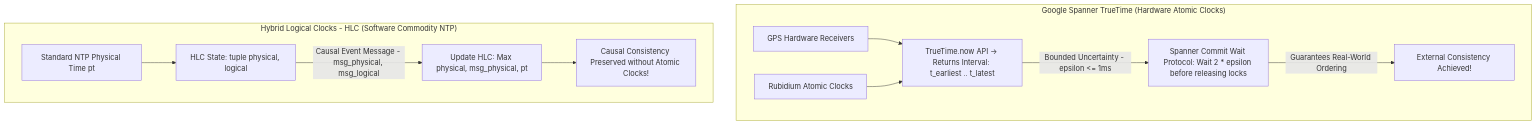
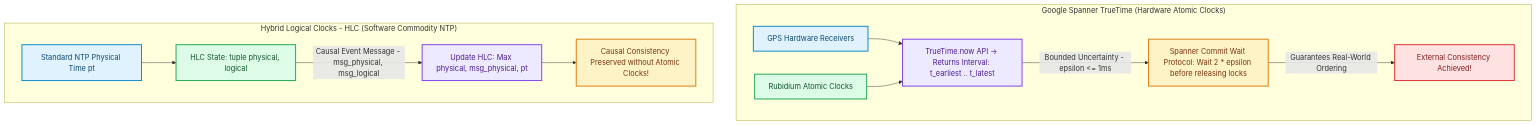
One commit to akmalkhaniub/akmalkhaniub.github.io changed the diagram in blog/posts/truetime-hybrid-logical-clocks-hlc-external-consistency.md. Above: the diagram before and after it, drawn with Mermaid. The commit also changed other lines of this file and 1291 other files, not shown here.

First line of the commit message:
feat(catalog): unique covers, scholarly references, and diagram palettes

````diff
--- a/blog/posts/truetime-hybrid-logical-clocks-hlc-external-consistency.md
+++ b/blog/posts/truetime-hybrid-logical-clocks-hlc-external-consistency.md
@@ -19,14 +19,25 @@
 ```mermaid
 flowchart TD
   subgraph SG1_GoogleSpannerTruetime ["Google Spanner TrueTime (Hardware Atomic Clocks)"]
-    GPS[GPS Hardware Receivers] & Atomic[Rubidium Atomic Clocks] --> TrueTimeAPI[TrueTime.now API -> Returns Interval: t_earliest .. t_latest]
-    TrueTimeAPI -->|Bounded Uncertainty - epsilon <= 1ms| CommitWait[Spanner Commit Wait Protocol: Wait 2 * epsilon before releasing locks]
-    CommitWait -->|Guarantees Real-World Ordering| ExternalConsistency[ External Consistency Achieved!]
+    GPS["GPS Hardware Receivers"] & Atomic["Rubidium Atomic Clocks"] --> TrueTimeAPI["TrueTime.now API -> Returns Interval: t_earliest .. t_latest"]
+    TrueTimeAPI -->|Bounded Uncertainty - epsilon <= 1ms| CommitWait["Spanner Commit Wait Protocol: Wait 2 * epsilon before releasing locks"]
+    CommitWait -->|Guarantees Real-World Ordering| ExternalConsistency[" External Consistency Achieved!"]
   end
   
   subgraph SG2_HybridLogicalClocks ["Hybrid Logical Clocks - HLC (Software Commodity NTP)"]
-    NTP[Standard NTP Physical Time pt] --> HLC[HLC State: tuple physical, logical]
-    HLC -->|Causal Event Message - msg_physical, msg_logical| UpdateHLC[Update HLC: Max physical, msg_physical, pt]
-    UpdateHLC --> CausalOrdering[Causal Consistency Preserved without Atomic Clocks!]
+    NTP["Standard NTP Physical Time pt"] --> HLC["HLC State: tuple physical, logical"]
+    HLC -->|Causal Event Message - msg_physical, msg_logical| UpdateHLC["Update HLC: Max physical, msg_physical, pt"]
+    UpdateHLC --> CausalOrdering["Causal Consistency Preserved without Atomic Clocks!"]
   end
+
+classDef green fill:#dcfce7,stroke:#16a34a,stroke-width:2px,color:#14532d;
+classDef red fill:#fee2e2,stroke:#dc2626,stroke-width:2px,color:#7f1d1d;
+classDef blue fill:#e0f2fe,stroke:#0284c7,stroke-width:2px,color:#0c4a6e;
+classDef yellow fill:#fef3c7,stroke:#d97706,stroke-width:2px,color:#78350f;
+classDef purple fill:#ede9fe,stroke:#7c3aed,stroke-width:2px,color:#4c1d95;
+class GPS,NTP blue
+class Atomic,HLC green
+class TrueTimeAPI,UpdateHLC purple
+class CommitWait,CausalOrdering yellow
+class ExternalConsistency red
 ```
````
